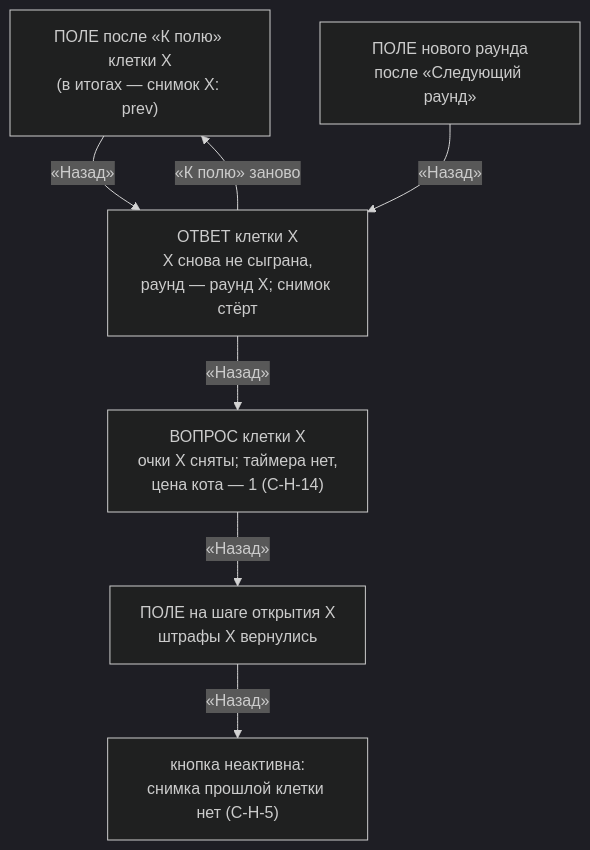
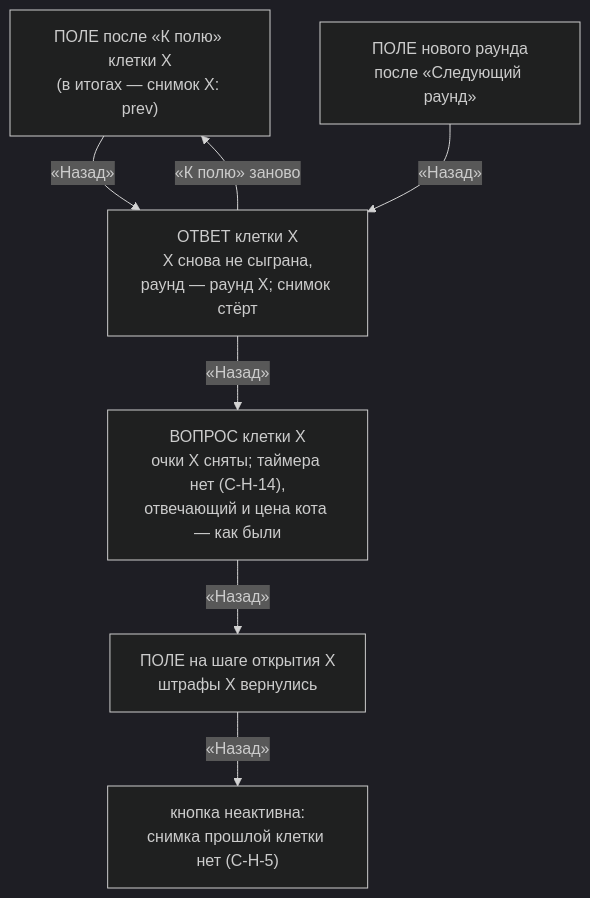
The fifth of 6 diagrams in src/mechanics/board/LOGIC.md (Joonde/joyrest-games), drawn with Mermaid (dark theme) before and after one commit. The commit also changed other lines of this file and 5 other files, not shown here.

````diff
--- a/src/mechanics/board/LOGIC.md
+++ b/src/mechanics/board/LOGIC.md
@@ -196,9 +196,9 @@
 ```mermaid
 flowchart TD
     A["ПОЛЕ после «К полю» клетки X<br/>(в итогах — снимок X: prev)"] -- "«Назад»" --> B["ОТВЕТ клетки X<br/>X снова не сыграна,<br/>раунд — раунд X; снимок стёрт"]
     N["ПОЛЕ нового раунда<br/>после «Следующий раунд»"] -- "«Назад»" --> B
-    B -- "«Назад»" --> C["ВОПРОС клетки X<br/>очки X сняты; таймера нет,<br/>цена кота — 1 (С-Н-14)"]
+    B -- "«Назад»" --> C["ВОПРОС клетки X<br/>очки X сняты; таймера нет (С-Н-14),<br/>отвечающий и цена кота — как были"]
     C -- "«Назад»" --> D["ПОЛЕ на шаге открытия X<br/>штрафы X вернулись"]
     D -- "«Назад»" --> E["кнопка неактивна:<br/>снимка прошлой клетки нет (С-Н-5)"]
     B -- "«К полю» заново" --> A
 ```
````
